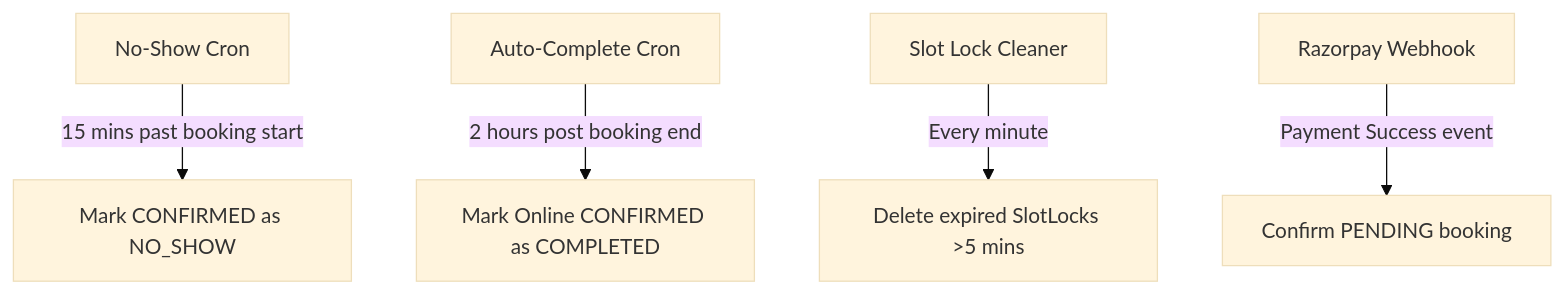
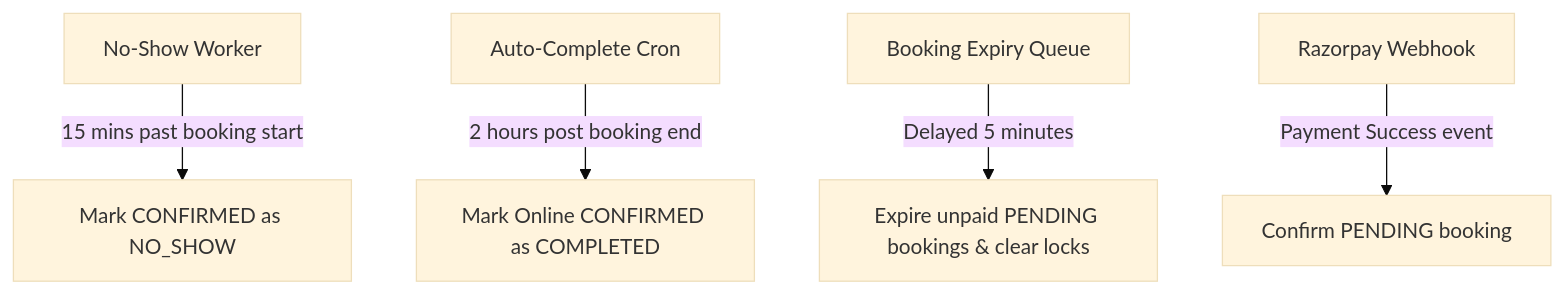
One commit to SevenX-Labs/Turfsy-Server changed the sixth of 6 diagrams in docs/software_design/app_flow_documentation.md. Above: the diagram before and after it, drawn with Mermaid (base theme). The commit also changed other lines of this file and 10 other files, not shown here.

Commit message:
refactor: replace PIN-based check-in with HMAC-signed QR codes, update system architecture to include background worker queues, and refine booking design documentation.

````diff
--- a/docs/software_design/app_flow_documentation.md
+++ b/docs/software_design/app_flow_documentation.md
@@ -240,7 +240,7 @@
 ```mermaid
 flowchart TD
-    Cron1[No-Show Cron] -->|15 mins past booking start| StateNoShow[Mark CONFIRMED as NO_SHOW]
+    Worker1[No-Show Worker] -->|15 mins past booking start| StateNoShow[Mark CONFIRMED as NO_SHOW]
     Cron2[Auto-Complete Cron] -->|2 hours post booking end| StateCompleted[Mark Online CONFIRMED as COMPLETED]
-    Cron3[Slot Lock Cleaner] -->|Every minute| FreeSlots[Delete expired SlotLocks >5 mins]
+    Worker2[Booking Expiry Queue] -->|Delayed 5 minutes| FreeSlots[Expire unpaid PENDING bookings & clear locks]
     WH[Razorpay Webhook] -->|Payment Success event| ConfirmBooking[Confirm PENDING booking]
 ```
````
